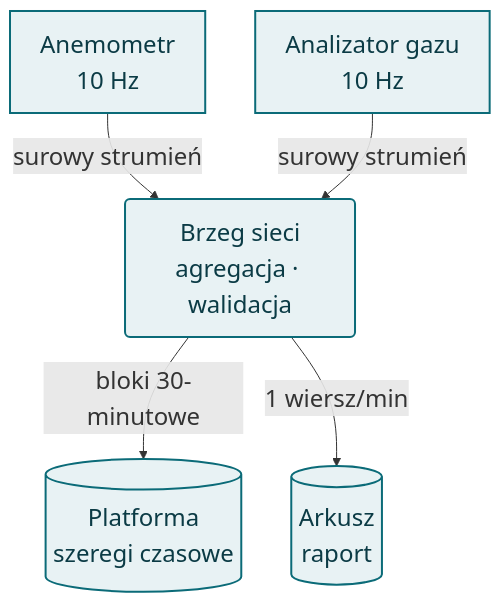
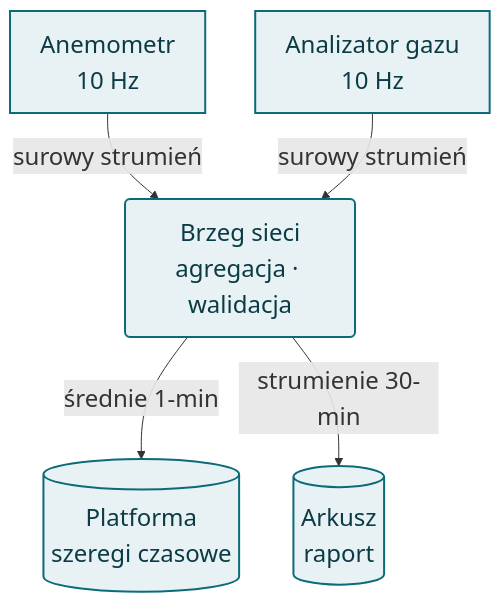
Before and after one commit to moondec/iot_lectures: the first of 3 diagrams in slides/05-brzeg-node-red-sheets.qmd, drawn with Mermaid. The commit also changed other lines of this file and 83 other files, not shown here.

First line of the commit message:
Fact-check lectures 01-07 and add photo and chart variety

````diff
--- a/slides/05-brzeg-node-red-sheets.qmd
+++ b/slides/05-brzeg-node-red-sheets.qmd
@@ -55,17 +58,17 @@
 ```{mermaid}
 %%| fig-width: 6.6
 %%| fig-height: 3.8
 %%{init: {"themeVariables": {"fontSize": "24px"}}}%%
 flowchart TD
     A["Anemometr<br>10 Hz"]
     B["Analizator gazu<br>10 Hz"]
     C("Brzeg sieci<br>agregacja · walidacja")
     D[("Platforma<br>szeregi czasowe")]
     G[("Arkusz<br>raport")]
     A -- "surowy strumień" --> C
     B -- "surowy strumień" --> C
-    C -- "bloki 30-minutowe" --> D
-    C -- "1 wiersz/min" --> G
+    C -- "średnie 1-min" --> D
+    C -- "strumienie 30-min" --> G
     classDef n fill:#e8f2f4,stroke:#0b6b78,stroke-width:2px,color:#0b3b45
     class A,B,C,D,G n
 ```
````
